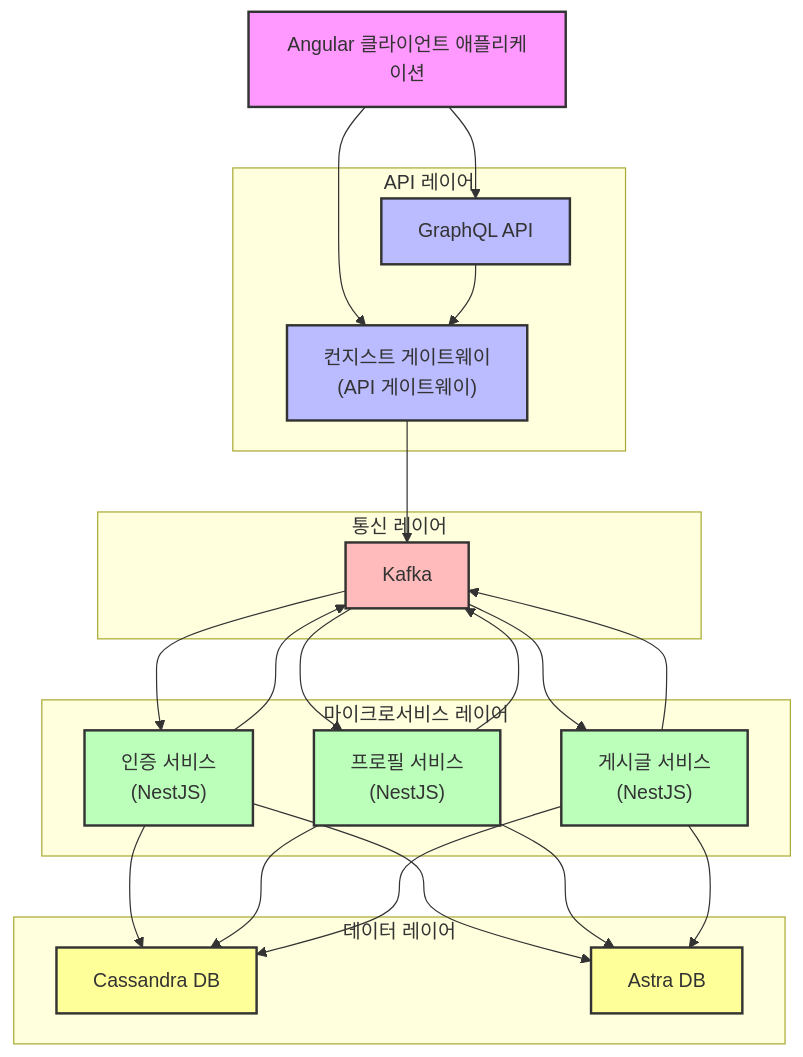
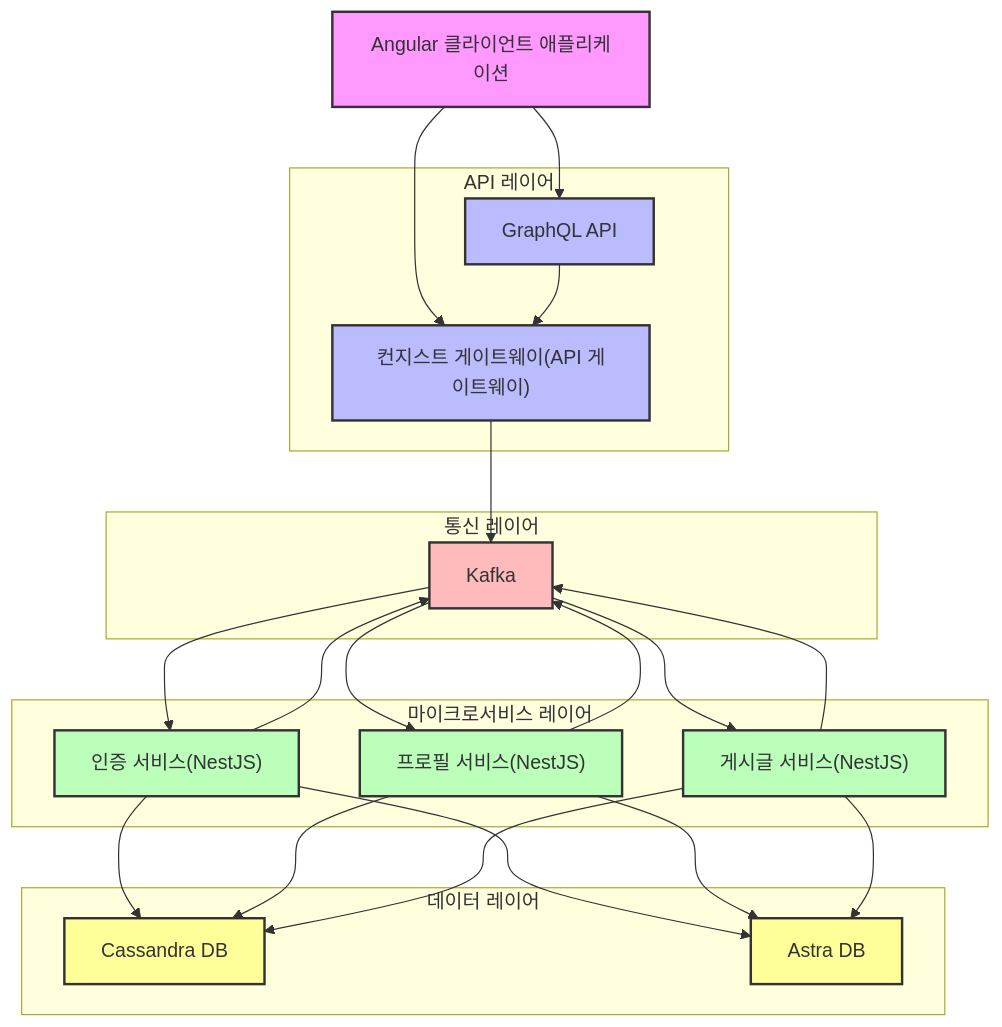
Before and after one commit to serithemage/Serverless-RealWorld: the first of 2 diagrams in README.md, drawn with Mermaid. The commit also changed other lines of this file and 1 other file, not shown here.

````diff
--- a/README.md
+++ b/README.md
@@ -7,55 +7,55 @@
 ```mermaid
 flowchart TD
     Client["Angular 클라이언트 애플리케이션"]
     
     subgraph "API 레이어"
-        Gateway["컨지스트 게이트웨이\n(API 게이트웨이)"]
+        Gateway["컨지스트 게이트웨이(API 게이트웨이)"]
         GraphQL["GraphQL API"]
     end
     
     subgraph "마이크로서비스 레이어"
-        AuthService["인증 서비스\n(NestJS)"]
-        ProfileService["프로필 서비스\n(NestJS)"]
-        ArticleService["게시글 서비스\n(NestJS)"]
+        AuthService["인증 서비스(NestJS)"]
+        ProfileService["프로필 서비스(NestJS)"]
+        ArticleService["게시글 서비스(NestJS)"]
     end
     
     subgraph "통신 레이어"
         Kafka["Kafka"]
     end
     
     subgraph "데이터 레이어"
         Cassandra["Cassandra DB"]
         AstraDB["Astra DB"]
     end
     
     Client --> Gateway
     Client --> GraphQL
     
     Gateway --> Kafka
     GraphQL --> Gateway
     
     Kafka --> AuthService
     Kafka --> ProfileService
     Kafka --> ArticleService
     
     AuthService --> Kafka
     ProfileService --> Kafka
     ArticleService --> Kafka
     
     AuthService --> Cassandra
     ProfileService --> Cassandra
     ArticleService --> Cassandra
     AuthService --> AstraDB
     ProfileService --> AstraDB
     ArticleService --> AstraDB
     
     style Client fill:#f9f,stroke:#333,stroke-width:2px
     style Gateway fill:#bbf,stroke:#333,stroke-width:2px
     style GraphQL fill:#bbf,stroke:#333,stroke-width:2px
     style AuthService fill:#bfb,stroke:#333,stroke-width:2px
     style ProfileService fill:#bfb,stroke:#333,stroke-width:2px
     style ArticleService fill:#bfb,stroke:#333,stroke-width:2px
     style Kafka fill:#fbb,stroke:#333,stroke-width:2px
     style Cassandra fill:#ff9,stroke:#333,stroke-width:2px
     style AstraDB fill:#ff9,stroke:#333,stroke-width:2px
 ```
````
